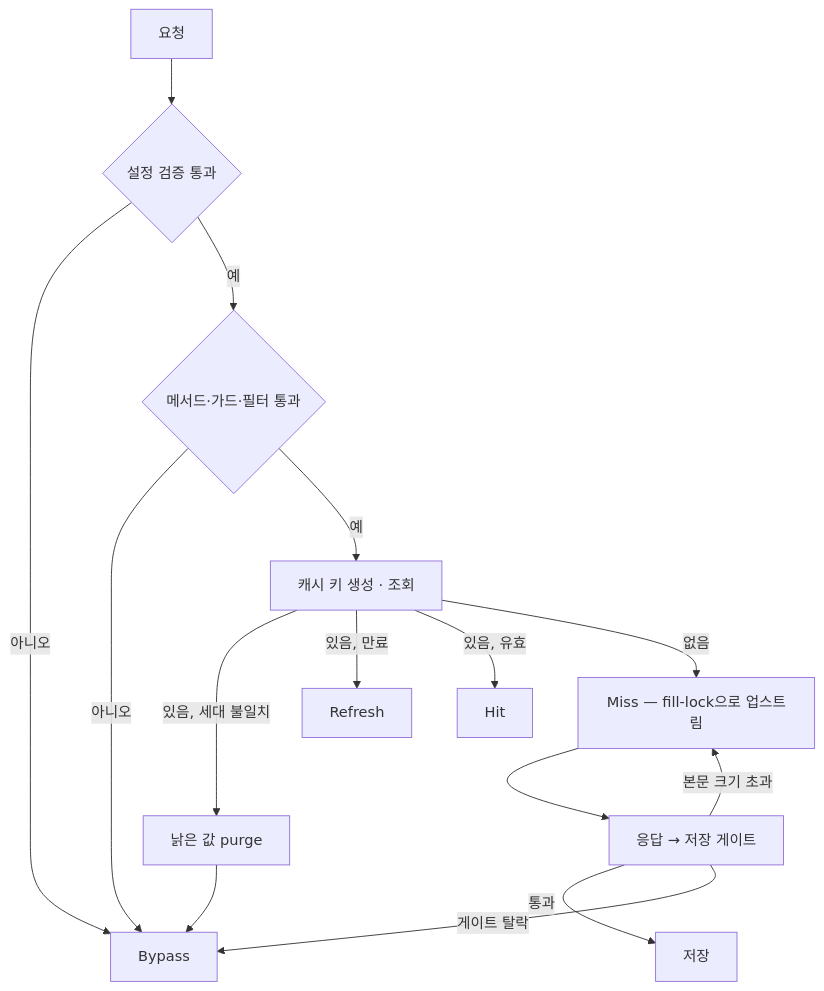
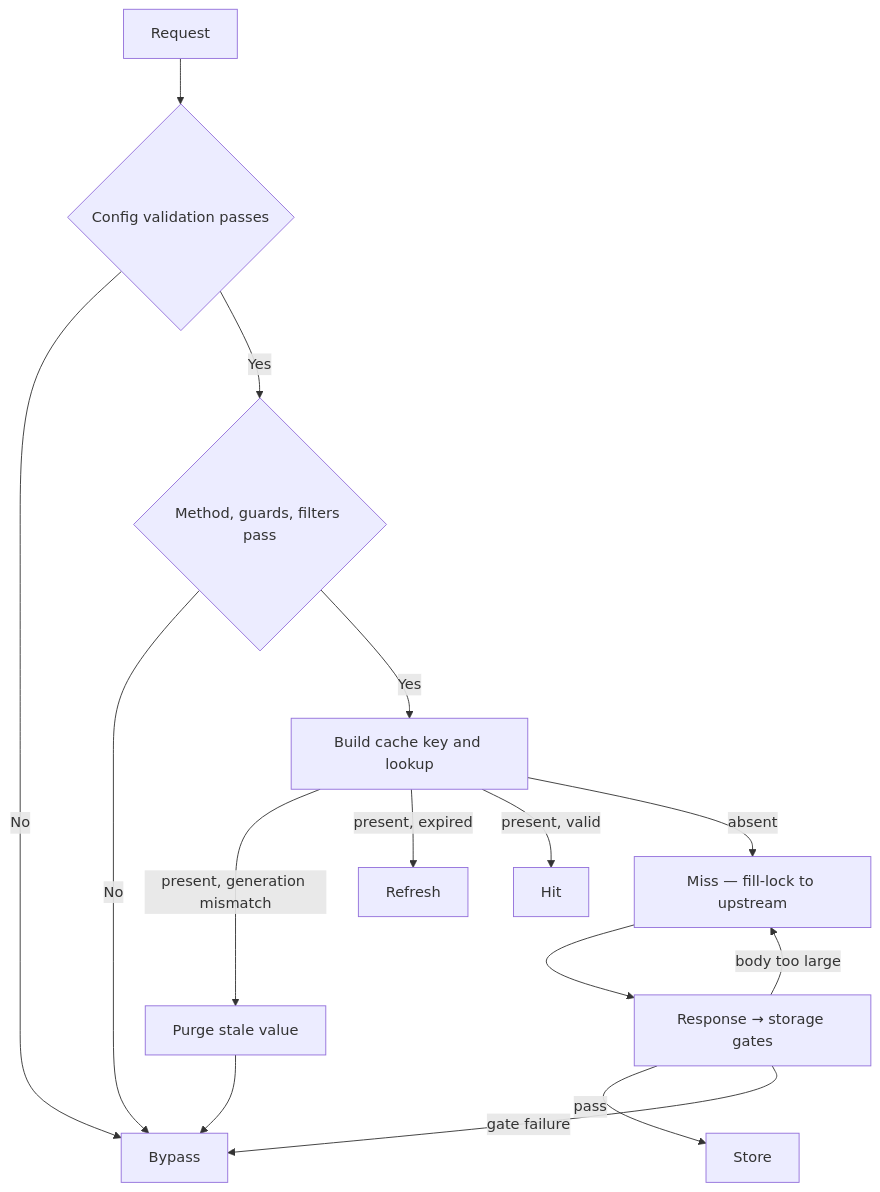
The first of 2 diagrams in docs/how-it-works.md (unchartedsky/sonic-boom), drawn with Mermaid before and after one commit. The commit also changed other lines of this file and 9 other files, not shown here.

````diff
--- a/docs/how-it-works.md
+++ b/docs/how-it-works.md
@@ -9,17 +9,17 @@
 ```mermaid
 flowchart TB
-    req[요청] --> chk{설정 검증 통과}
-    chk -->|아니오| by[Bypass]
-    chk -->|예| gate{메서드·가드·필터 통과}
-    gate -->|아니오| by
-    gate -->|예| key[캐시 키 생성 · 조회]
-    key -->|있음, 세대 불일치| purge[낡은 값 purge]
+    req[Request] --> chk{Config validation passes}
+    chk -->|No| by[Bypass]
+    chk -->|Yes| gate{Method, guards, filters pass}
+    gate -->|No| by
+    gate -->|Yes| key[Build cache key and lookup]
+    key -->|present, generation mismatch| purge[Purge stale value]
     purge --> by
-    key -->|있음, 만료| rf[Refresh]
-    key -->|있음, 유효| hit[Hit]
-    key -->|없음| miss[Miss — fill-lock으로 업스트림]
-    miss --> resp[응답 → 저장 게이트]
-    resp -->|통과| store[저장]
-    resp -->|게이트 탈락| by
-    resp -->|본문 크기 초과| miss
+    key -->|present, expired| rf[Refresh]
+    key -->|present, valid| hit[Hit]
+    key -->|absent| miss[Miss — fill-lock to upstream]
+    miss --> resp[Response → storage gates]
+    resp -->|pass| store[Store]
+    resp -->|gate failure| by
+    resp -->|body too large| miss
 ```
````
